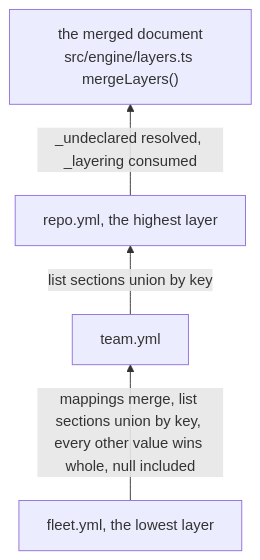
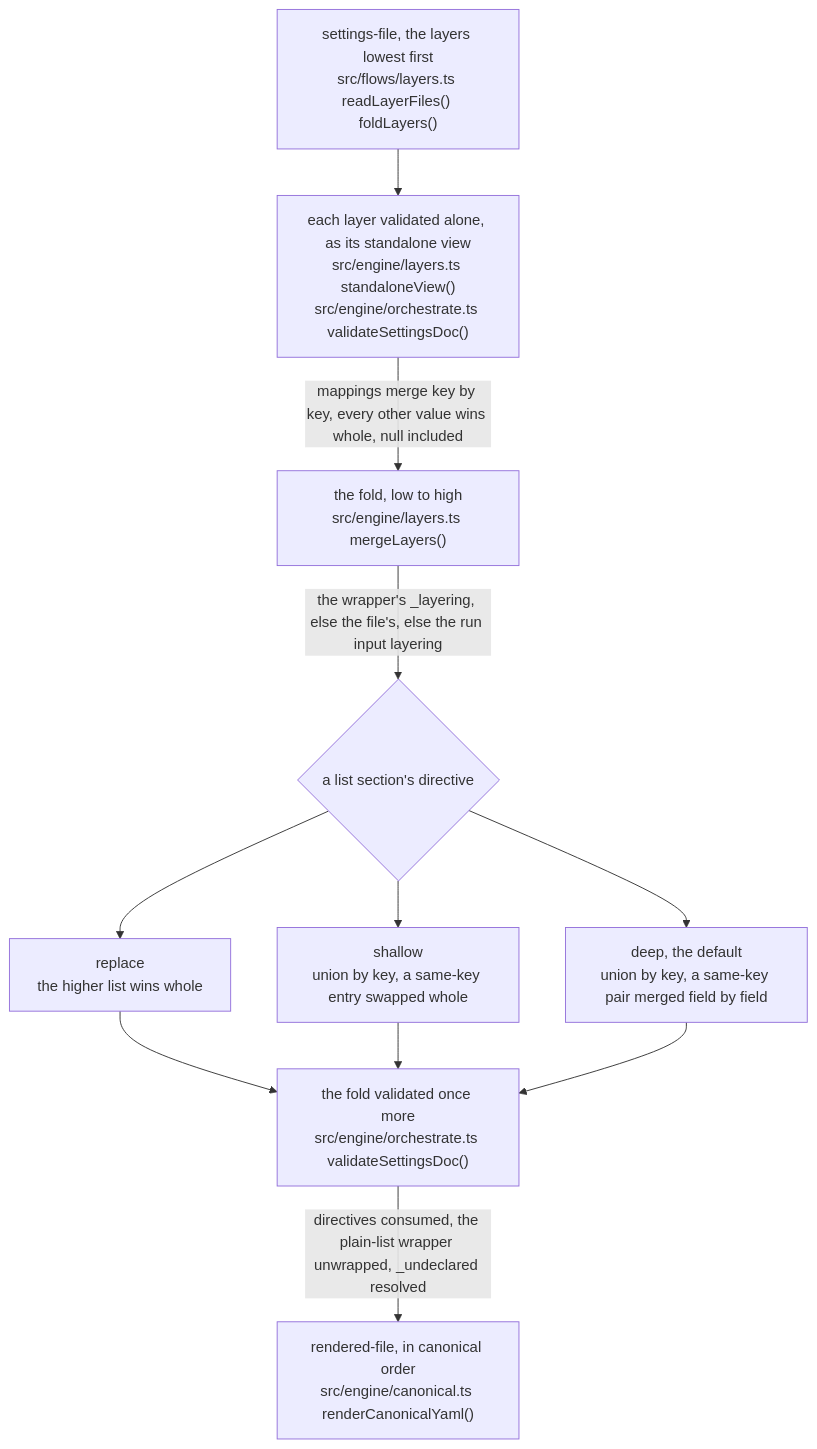
One commit to Vivswan/github-settings-as-code changed the fifth of 9 diagrams in docs/reference/architecture.md. Above: the diagram before and after it, drawn with Mermaid. The commit also changed other lines of this file, not shown here.

Commit message:
docs(architecture): describe the validation phase, the layering fold's three directives, and render mode

````diff
--- a/docs/reference/architecture.md
+++ b/docs/reference/architecture.md
@@ -104,10 +143,22 @@
 ```mermaid
-flowchart BT
-  fleet["fleet.yml, the lowest layer"]
-  team["team.yml"]
-  repo["repo.yml, the highest layer"]
-  out["the merged document<br>src/engine/layers.ts mergeLayers()"]
-  fleet -->|mappings merge, list sections union by key, every other value wins whole, null included| team
-  team -->|list sections union by key| repo
-  repo -->|_undeclared resolved, _layering consumed| out
+flowchart TD
+  layers["settings-file, the layers lowest first<br>src/flows/layers.ts readLayerFiles() foldLayers()"]
+  each["each layer validated alone, as its standalone view<br>src/engine/layers.ts standaloneView()<br>src/engine/orchestrate.ts validateSettingsDoc()"]
+  fold["the fold, low to high<br>src/engine/layers.ts mergeLayers()"]
+  directive{"a list section's directive"}
+  replace["replace<br>the higher list wins whole"]
+  shallow["shallow<br>union by key, a same-key entry swapped whole"]
+  deep["deep, the default<br>union by key, a same-key pair merged field by field"]
+  whole["the fold validated once more<br>src/engine/orchestrate.ts validateSettingsDoc()"]
+  out["rendered-file, in canonical order<br>src/engine/canonical.ts renderCanonicalYaml()"]
+  layers --> each
+  each -->|mappings merge key by key, every other value wins whole, null included| fold
+  fold -->|the wrapper's _layering, else the file's, else the run input layering| directive
+  directive --> replace
+  directive --> shallow
+  directive --> deep
+  replace --> whole
+  shallow --> whole
+  deep --> whole
+  whole -->|directives consumed, the plain-list wrapper unwrapped, _undeclared resolved| out
 ```
````
